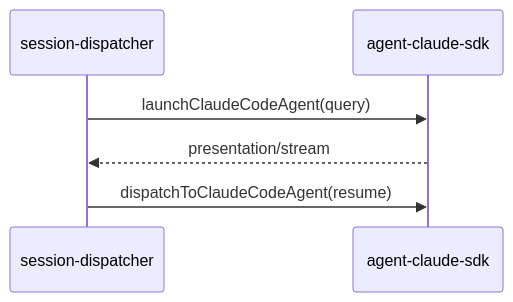
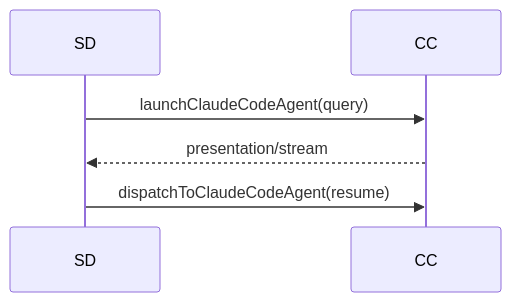
One commit to suveng/cursor-claw changed the diagram in knowledge/业务域/Agent调度/07-ClaudeCodeSDK执行引擎.md. Above: the diagram before and after it, drawn with Mermaid. The commit also changed other lines of this file and 14 other files, not shown here.

First line of the commit message:
docs(kb): 归档 ClaudeAgent-MCP审批门控与启用展示 变更（archived_with_debt，R1 审批多源债务），同步知识库与业务代码

````diff
--- a/knowledge/业务域/Agent调度/07-ClaudeCodeSDK执行引擎.md
+++ b/knowledge/业务域/Agent调度/07-ClaudeCodeSDK执行引擎.md
@@ -24,8 +22,6 @@
 ```mermaid
 sequenceDiagram
-  participant SD as session-dispatcher
-  participant CC as agent-claude-sdk
   SD->>CC: launchClaudeCodeAgent(query)
   CC-->>SD: presentation/stream
   SD->>CC: dispatchToClaudeCodeAgent(resume)
 ```
````
